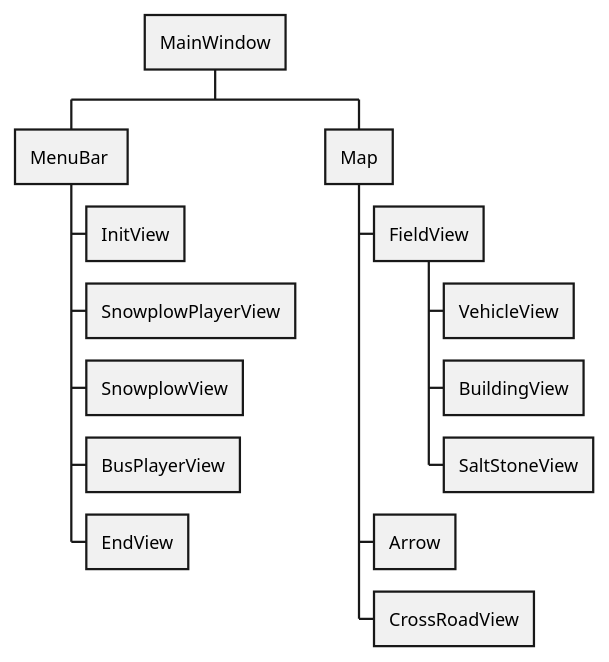
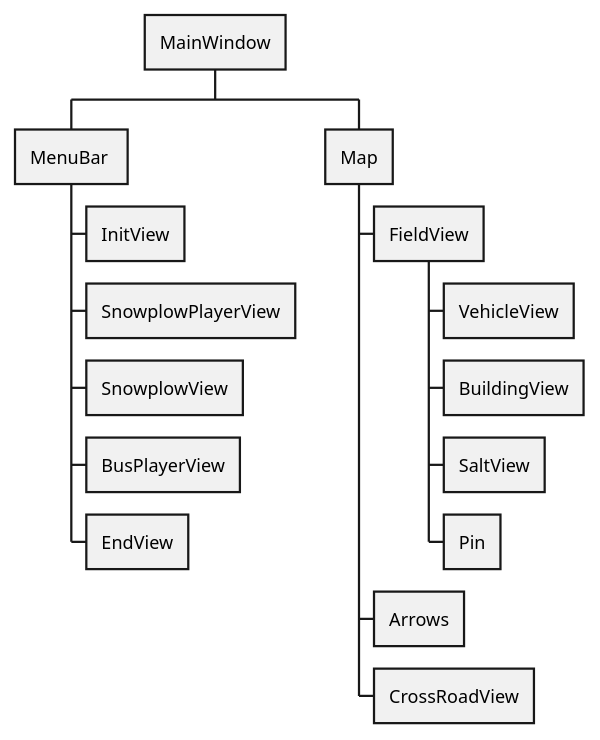
Before and after one commit to uhrinandor/spring: the diagram in docs/graphics/structure/graphicsstructure.plantuml, drawn with PlantUML. The commit also changed 7 other files, not shown here.

```diff
--- a/docs/graphics/structure/graphicsstructure.plantuml
+++ b/docs/graphics/structure/graphicsstructure.plantuml
@@ -1,18 +1,19 @@
 @startwbs
 * MainWindow
 ** MenuBar 
 'Ez itt nem külön objektum, közös interfész?
 *** InitView
 *** SnowplowPlayerView
 *** SnowplowView
 *** BusPlayerView
 *** EndView
 ** Map
 *** FieldView
 **** VehicleView
 **** BuildingView
-**** SaltStoneView
-*** Arrow
+**** SaltView
+**** Pin
+*** Arrows
 *** CrossRoadView
 
 @endwbs
```
